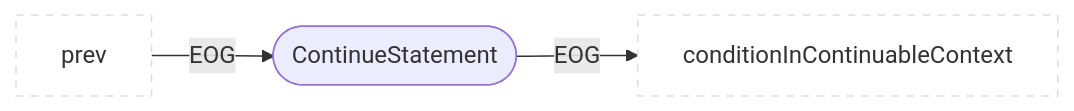
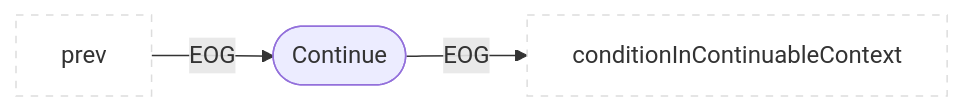
Diagram 21 of 49 in docs/docs/CPG/specs/eog.md (Fraunhofer-AISEC/cpg), drawn with Mermaid before and after one commit. The commit also changed other lines of this file and 99 other files, not shown here.

````diff
--- a/docs/docs/CPG/specs/eog.md
+++ b/docs/docs/CPG/specs/eog.md
@@ -440,7 +440,7 @@
 ```mermaid
 flowchart LR
   classDef outer fill:#fff,stroke:#ddd,stroke-dasharray:5 5;
   prev:::outer --EOG--> parent
-  parent(["ContinueStatement"]) --EOG--> conditionInContinuableContext:::outer
+  parent(["Continue"]) --EOG--> conditionInContinuableContext:::outer
 
 ```
````
